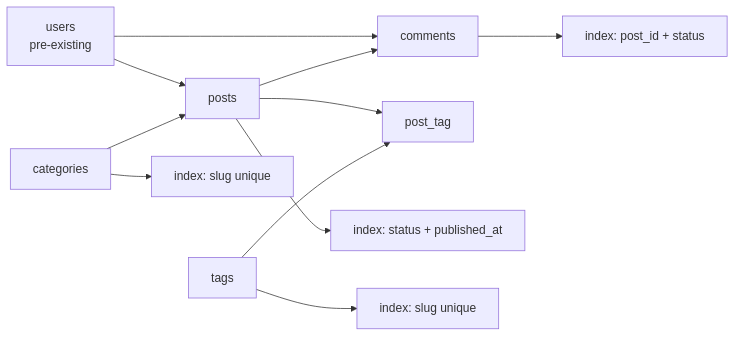
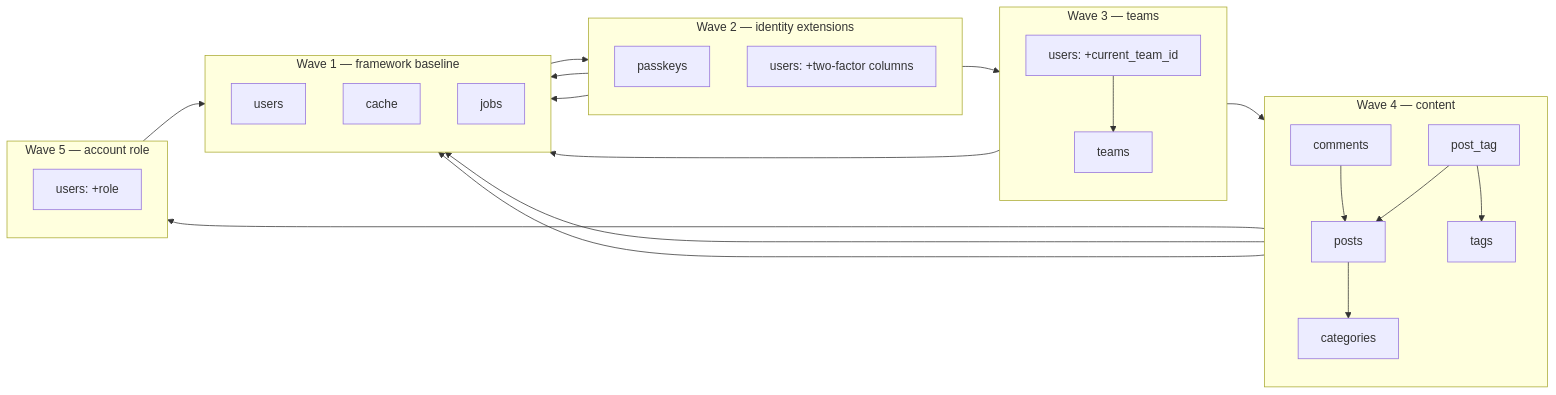
The fifth of 5 diagrams in docs/ERD.md (shamimwhois/shamim), drawn with Mermaid before and after one commit. The commit also changed other lines of this file and 9 other files, not shown here.

First line of the commit message:
docs: correct drift against shipped code, add ERD/TRD role coverage

````diff
--- a/docs/ERD.md
+++ b/docs/ERD.md
@@ -405,14 +457,41 @@
 ```mermaid
 flowchart LR
-    U[users<br/>pre-existing] --> P[posts]
-    U --> C[comments]
-    C1[categories] --> P
-    P --> PT[post_tag]
-    T[tags] --> PT
-    P --> C
+    subgraph W1["Wave 1 — framework baseline"]
+        direction TB
+        U[users]
+        CA[cache]
+        J[jobs]
+    end
 
-    P --> S1["index: status + published_at"]
-    C --> S2["index: post_id + status"]
-    T --> S3["index: slug unique"]
-    C1 --> S4["index: slug unique"]
+    subgraph W2["Wave 2 — identity extensions"]
+        direction TB
+        PK[passkeys] --> U
+        TFA["users: +two-factor columns"] --> U
+    end
+
+    subgraph W3["Wave 3 — teams"]
+        direction TB
+        TE[teams]
+        CT["users: +current_team_id"] --> U
+        CT --> TE
+    end
+
+    subgraph W4["Wave 4 — content"]
+        direction TB
+        C1[categories]
+        T[tags]
+        P[posts] --> U
+        P --> C1
+        PT[post_tag] --> P
+        PT --> T
+        C[comments] --> P
+        C --> U
+    end
+
+    subgraph W5["Wave 5 — account role"]
+        direction TB
+        R["users: +role"] --> U
+    end
+
+    W1 --> W2 --> W3 --> W4 --> W5
 ```
````
